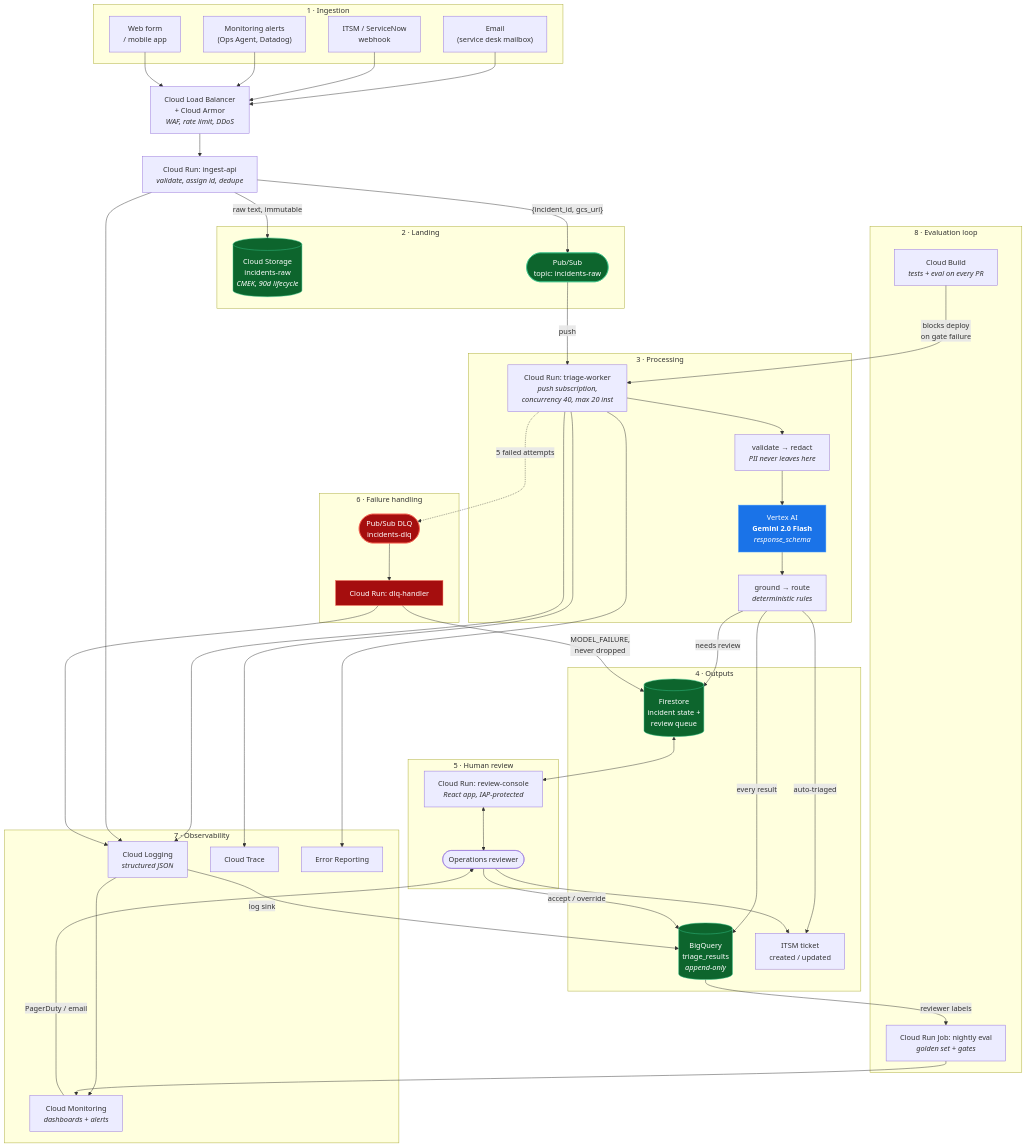
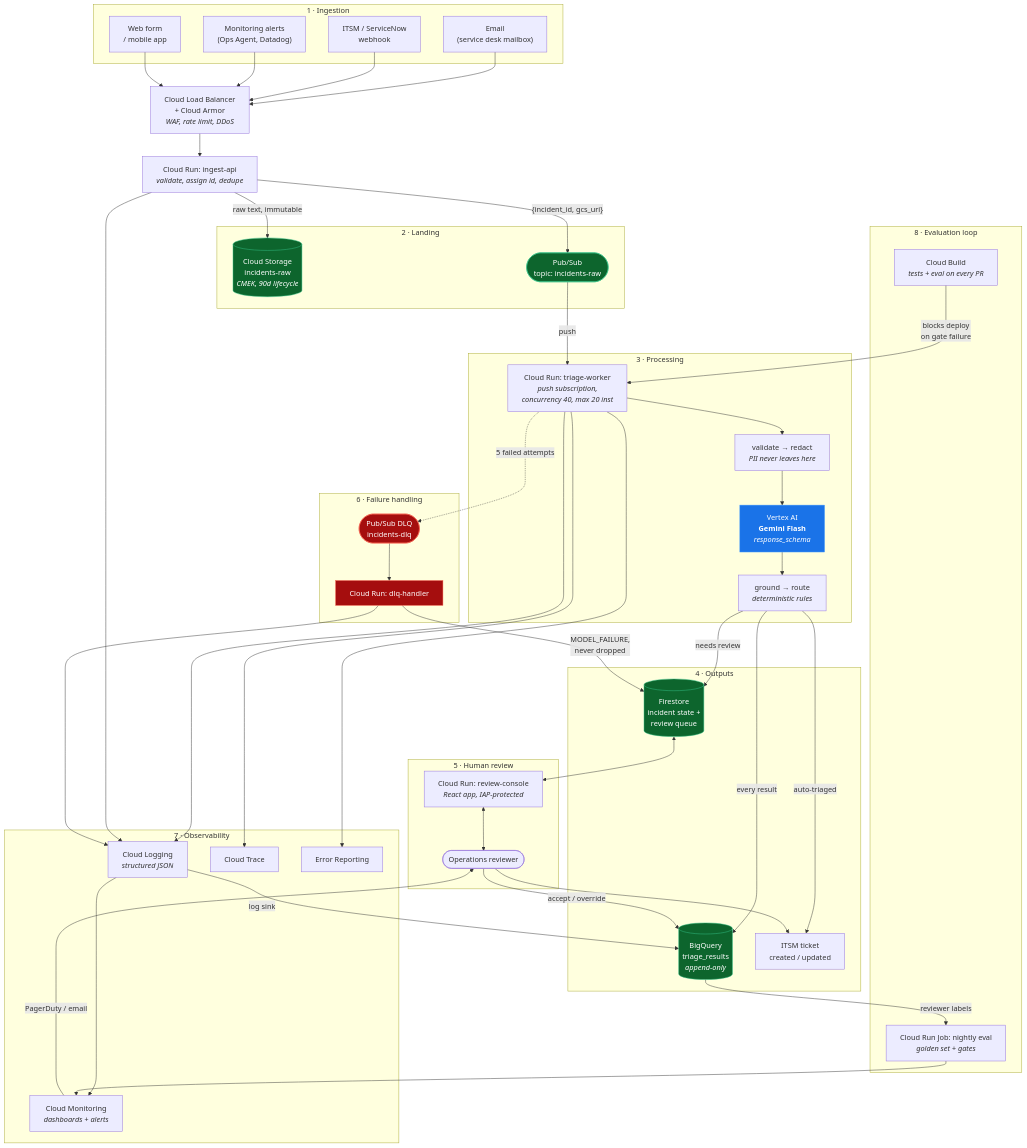
One commit to brianmahlatini/incident-triage-gemini changed the second of 2 diagrams in docs/ARCHITECTURE.md. Above: the diagram before and after it, drawn with Mermaid. The commit also changed other lines of this file, not shown here.

First line of the commit message:
Add a one-glance architecture diagram above the detailed one

```diff
--- a/docs/ARCHITECTURE.md
+++ b/docs/ARCHITECTURE.md
@@ -44,7 +95,7 @@
     subgraph process["3 · Processing"]
         CR["Cloud Run: triage-worker<br/><i>push subscription,<br/>concurrency 40, max 20 inst</i>"]
         VAL["validate → redact<br/><i>PII never leaves here</i>"]
-        GEM["Vertex AI<br/><b>Gemini 2.0 Flash</b><br/><i>response_schema</i>"]
+        GEM["Vertex AI<br/><b>Gemini Flash</b><br/><i>response_schema</i>"]
         GATE["ground → route<br/><i>deterministic rules</i>"]
     end
 
```
